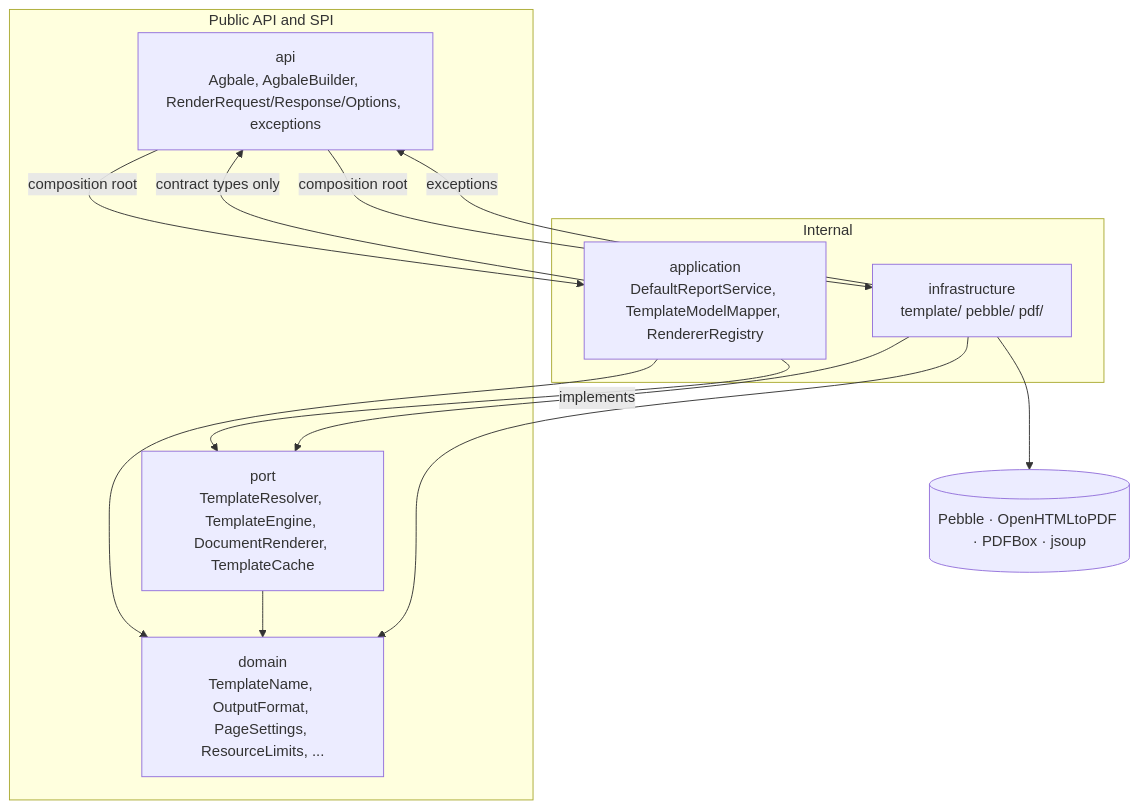
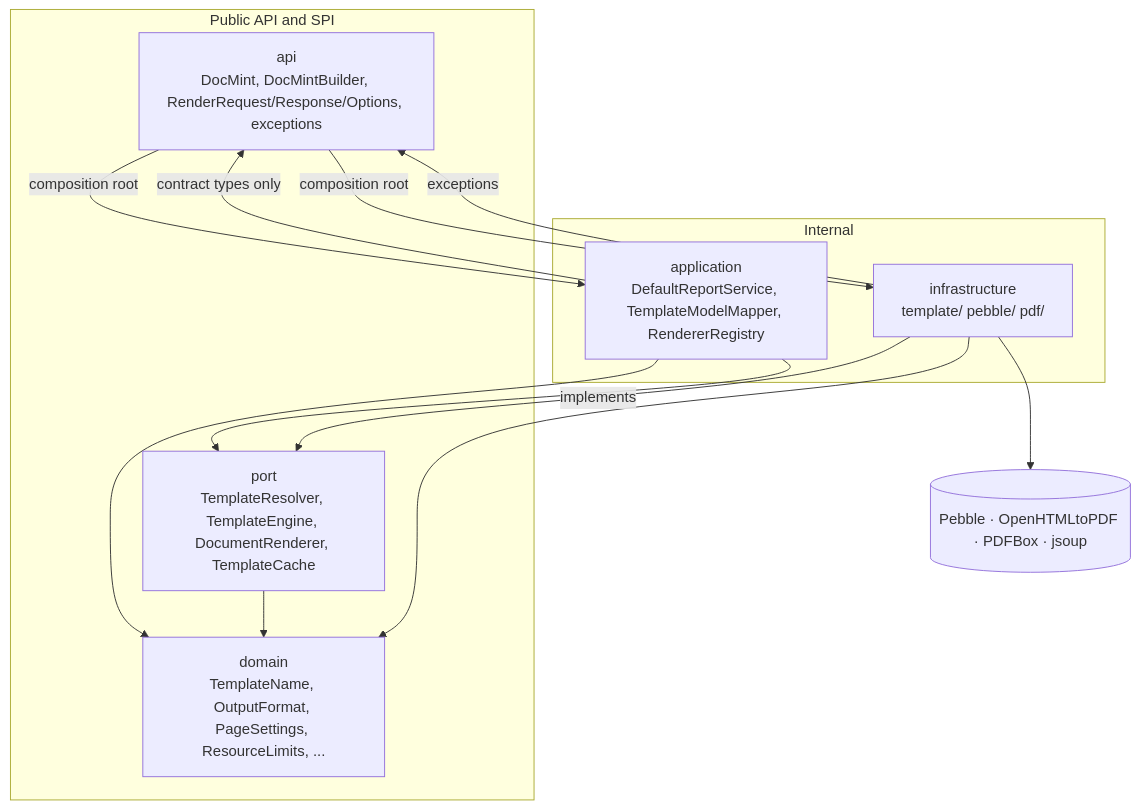
One commit to Juste120/DocMint changed the second of 3 diagrams in docs/architecture.md. Above: the diagram before and after it, drawn with Mermaid. The commit also changed other lines of this file and 379 other files, not shown here.

First line of the commit message:
refactor!: rename the project from Agbale to DocMint

````diff
--- a/docs/architecture.md
+++ b/docs/architecture.md
@@ -29,22 +29,22 @@
 ```mermaid
 flowchart TB
   subgraph public["Public API and SPI"]
-    api["api<br/>Agbale, AgbaleBuilder, RenderRequest/Response/Options, exceptions"]
+    api["api<br/>DocMint, DocMintBuilder, RenderRequest/Response/Options, exceptions"]
     port["port<br/>TemplateResolver, TemplateEngine, DocumentRenderer, TemplateCache"]
     domain["domain<br/>TemplateName, OutputFormat, PageSettings, ResourceLimits, ..."]
   end
   subgraph internal["Internal"]
     application["application<br/>DefaultReportService, TemplateModelMapper, RendererRegistry"]
     infra["infrastructure<br/>template/ pebble/ pdf/"]
   end
   api -->|composition root| application
   api -->|composition root| infra
   application --> port
   application --> domain
   application -->|contract types only| api
   port --> domain
   infra -->|implements| port
   infra --> domain
   infra -->|exceptions| api
   infra --> libs[("Pebble · OpenHTMLtoPDF · PDFBox · jsoup")]
 ```
````
